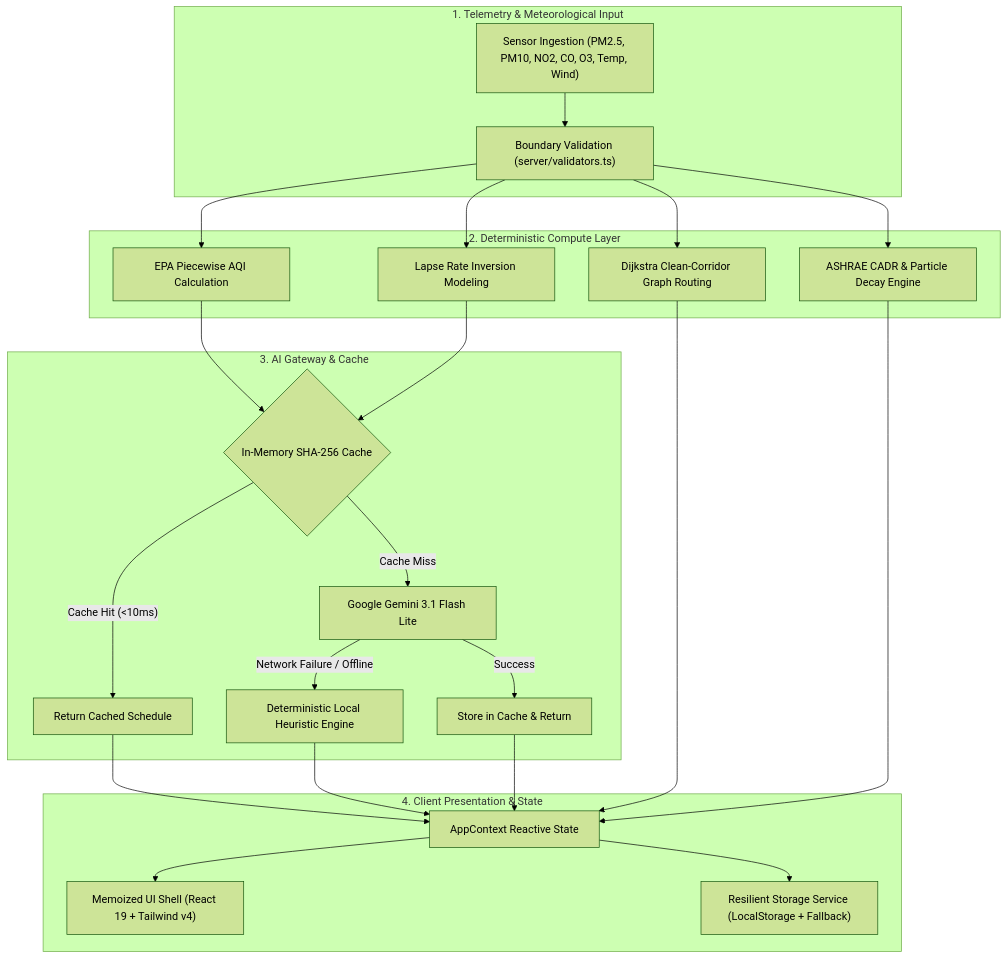
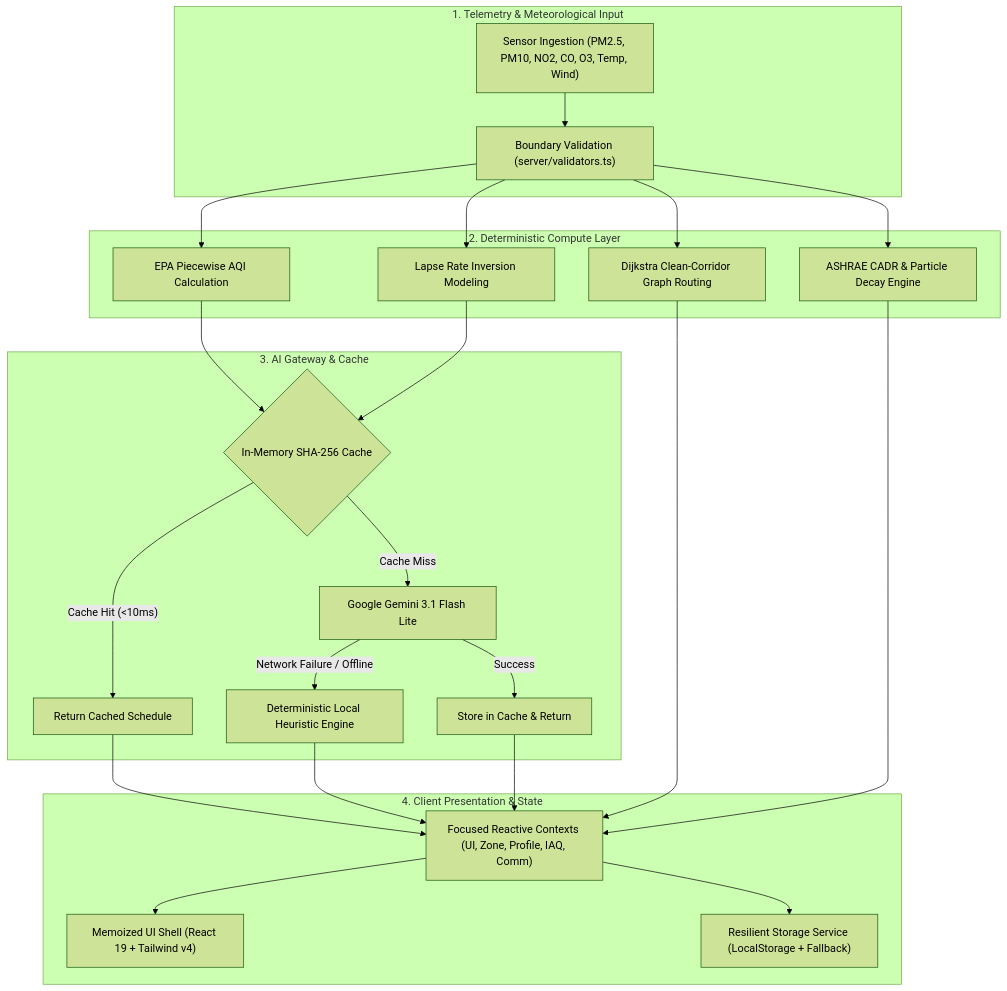
One commit to 24a31a05fx/VAYORA changed the diagram in README.md. Above: the diagram before and after it, drawn with Mermaid (forest theme). The commit also changed other lines of this file and 43 other files, not shown here.

````diff
--- a/README.md
+++ b/README.md
@@ -115,27 +115,27 @@
 ```mermaid
 flowchart TD
     subgraph Ingestion["1. Telemetry & Meteorological Input"]
         A["Sensor Ingestion (PM2.5, PM10, NO2, CO, O3, Temp, Wind)"] --> B["Boundary Validation (server/validators.ts)"]
     end
 
     subgraph Compute["2. Deterministic Compute Layer"]
         B --> C["EPA Piecewise AQI Calculation"]
         B --> D["Lapse Rate Inversion Modeling"]
         B --> E["Dijkstra Clean-Corridor Graph Routing"]
         B --> F["ASHRAE CADR & Particle Decay Engine"]
     end
 
     subgraph Intelligence["3. AI Gateway & Cache"]
         C & D --> G{"In-Memory SHA-256 Cache"}
         G -- "Cache Hit (<10ms)" --> H["Return Cached Schedule"]
         G -- "Cache Miss" --> I["Google Gemini 3.1 Flash Lite"]
         I -- "Network Failure / Offline" --> J["Deterministic Local Heuristic Engine"]
         I -- "Success" --> K["Store in Cache & Return"]
     end
 
     subgraph Client["4. Client Presentation & State"]
-        H & J & K & E & F --> L["AppContext Reactive State"]
+        H & J & K & E & F --> L["Focused Reactive Contexts (UI, Zone, Profile, IAQ, Comm)"]
         L --> M["Memoized UI Shell (React 19 + Tailwind v4)"]
         L --> N["Resilient Storage Service (LocalStorage + Fallback)"]
     end
 ```
````
